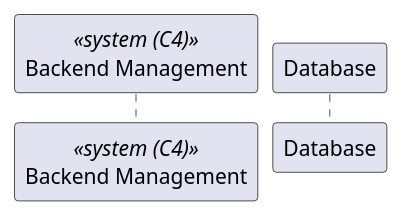
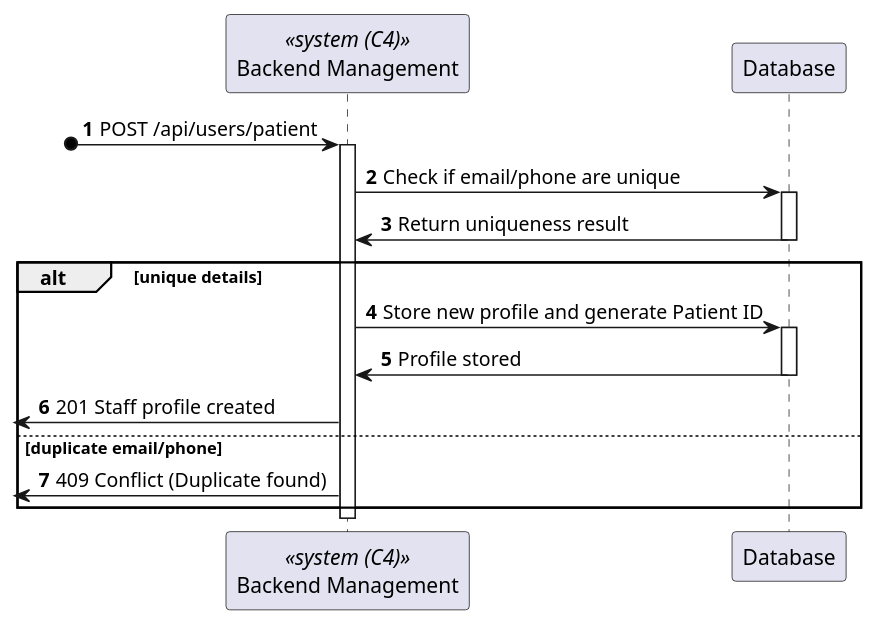
One commit to Lapr5G21/sem5pi-24-25-3ddg21 changed the diagram in docs/PatientProfileCreation/views/level3/process-view1.puml. Above: the diagram before and after it, drawn with PlantUML. The commit also changed 8 other files, not shown here.

Commit message:
Process Views Patient Profile Creation #9

```diff
--- a/docs/PatientProfileCreation/views/level3/process-view1.puml
+++ b/docs/PatientProfileCreation/views/level3/process-view1.puml
@@ -1,7 +1,29 @@
 @startuml Patient Profile Creation (level 3 - 1)
 
 autonumber
 participant BE as "Backend Management" <<system (C4)>>
 participant DB as "Database"
 
+?o-> BE : POST /api/users/patient
+activate BE
+
+BE -> DB : Check if email/phone are unique
+activate DB
+DB -> BE : Return uniqueness result
+deactivate DB
+
+alt unique details
+
+    BE -> DB : Store new profile and generate Patient ID
+    activate DB
+    DB -> BE : Profile stored
+    deactivate DB
+    <- BE : 201 Staff profile created
+else duplicate email/phone
+    <- BE : 409 Conflict (Duplicate found)
+end
+
+deactivate BE
+
+
 @enduml
```
